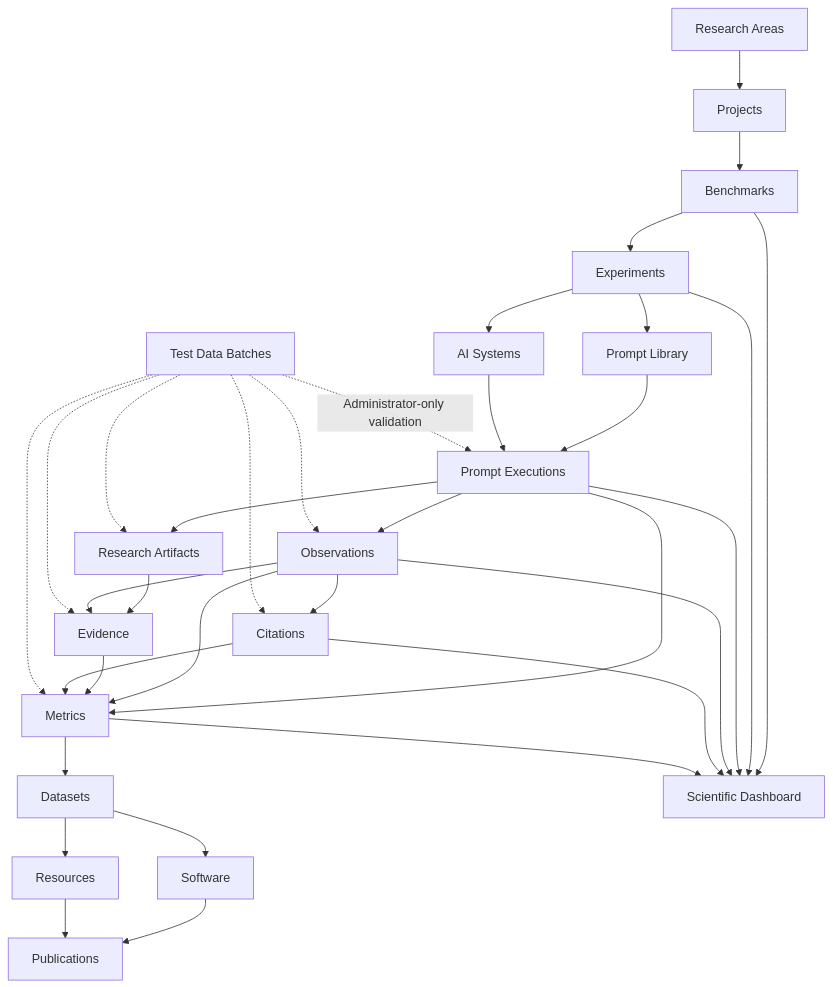
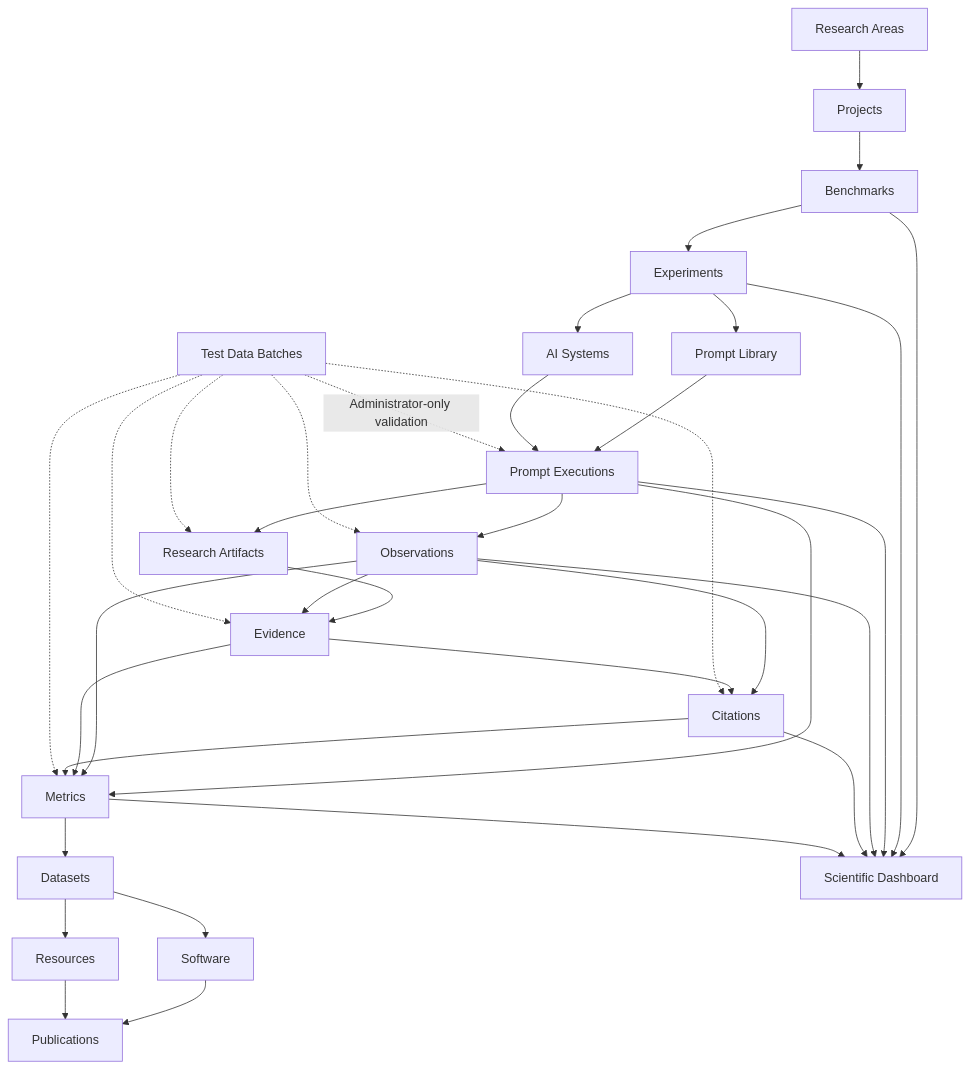
The diagram in README.md (gslhub/website), drawn with Mermaid before and after one commit. The commit also changed other lines of this file, not shown here.

Commit message:
docs: update validated integrity status and pilot roadmap

````diff
--- a/README.md
+++ b/README.md
@@ -90,42 +90,43 @@
 ```mermaid
 flowchart TD
     A[Research Areas] --> B[Projects]
     B --> C[Benchmarks]
     C --> D[Experiments]
 
     D --> E[Prompt Library]
     D --> F[AI Systems]
     E --> G[Prompt Executions]
     F --> G
 
     G --> H[Observations]
     G --> I[Research Artifacts]
     I --> J[Evidence]
     H --> J
     H --> K[Citations]
+    J --> K
 
     G --> L[Metrics]
     H --> L
     J --> L
     K --> L
 
     L --> M[Datasets]
     M --> N[Software]
     M --> O[Resources]
     N --> P[Publications]
     O --> P
 
     C --> Q[Scientific Dashboard]
     D --> Q
     G --> Q
     H --> Q
     K --> Q
     L --> Q
 
     T[Test Data Batches] -. Administrator-only validation .-> G
     T -.-> H
     T -.-> I
     T -.-> J
     T -.-> K
     T -.-> L
 ```
````
